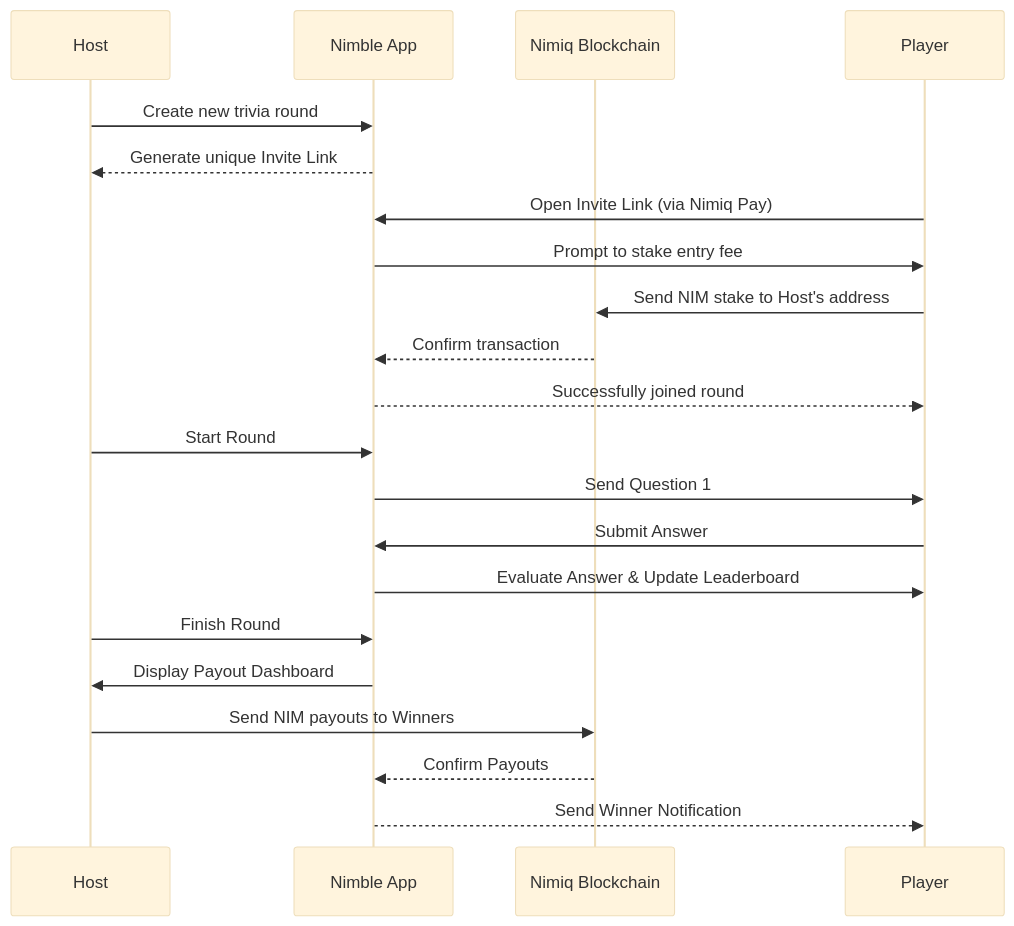
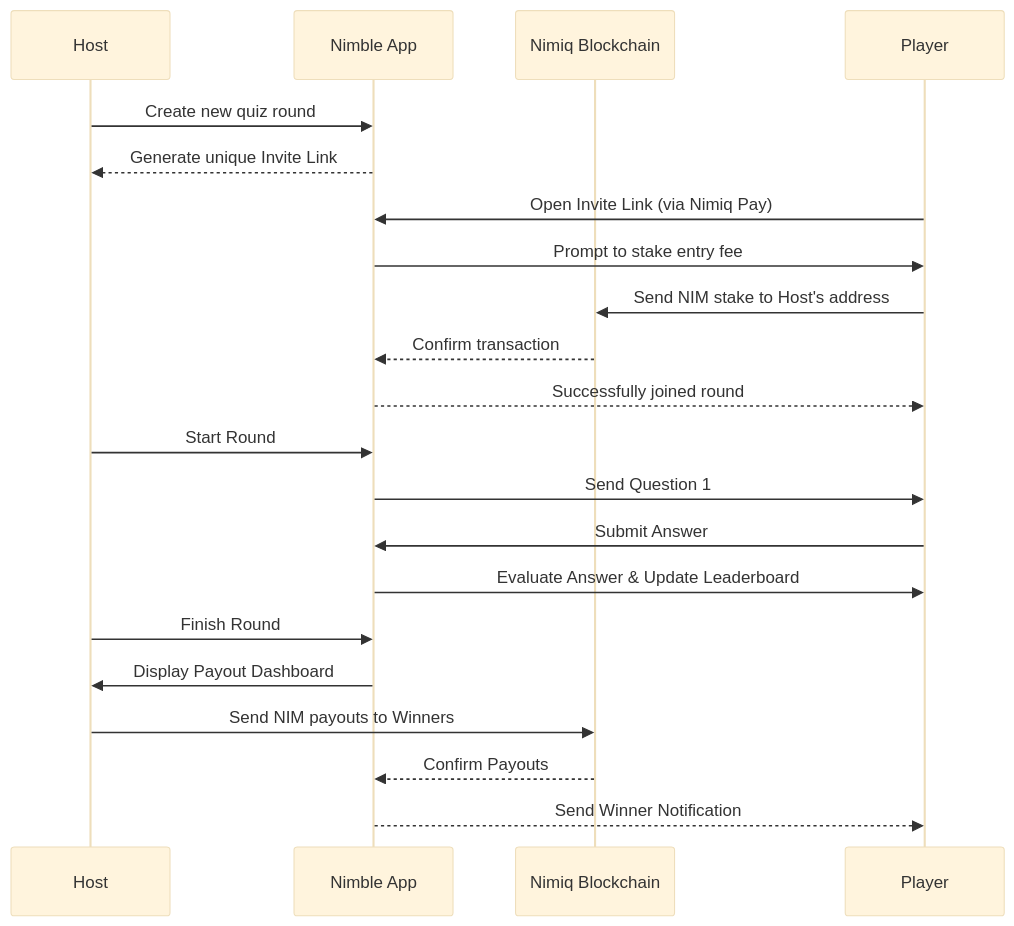
Before and after one commit to Skinny001/Nimble-Quiz: the diagram in README.md, drawn with Mermaid (base theme). The commit also changed other lines of this file and 18 other files, not shown here.

````diff
--- a/README.md
+++ b/README.md
@@ -13,31 +13,31 @@
 ```mermaid
 sequenceDiagram
     participant Host
     participant Nimble App
     participant Nimiq Blockchain
     participant Player
 
     %% Phase 1: Creation
-    Host->>Nimble App: Create new trivia round
+    Host->>Nimble App: Create new quiz round
     Nimble App-->>Host: Generate unique Invite Link
 
     %% Phase 2: Joining & Staking
     Player->>Nimble App: Open Invite Link (via Nimiq Pay)
     Nimble App->>Player: Prompt to stake entry fee
     Player->>Nimiq Blockchain: Send NIM stake to Host's address
     Nimiq Blockchain-->>Nimble App: Confirm transaction
     Nimble App-->>Player: Successfully joined round
 
     %% Phase 3: Gameplay
     Host->>Nimble App: Start Round
     Nimble App->>Player: Send Question 1
     Player->>Nimble App: Submit Answer
     Nimble App->>Player: Evaluate Answer & Update Leaderboard
     
     %% Phase 4: Payouts
     Host->>Nimble App: Finish Round
     Nimble App->>Host: Display Payout Dashboard
     Host->>Nimiq Blockchain: Send NIM payouts to Winners
     Nimiq Blockchain-->>Nimble App: Confirm Payouts
     Nimble App-->>Player: Send Winner Notification
 ```
````
